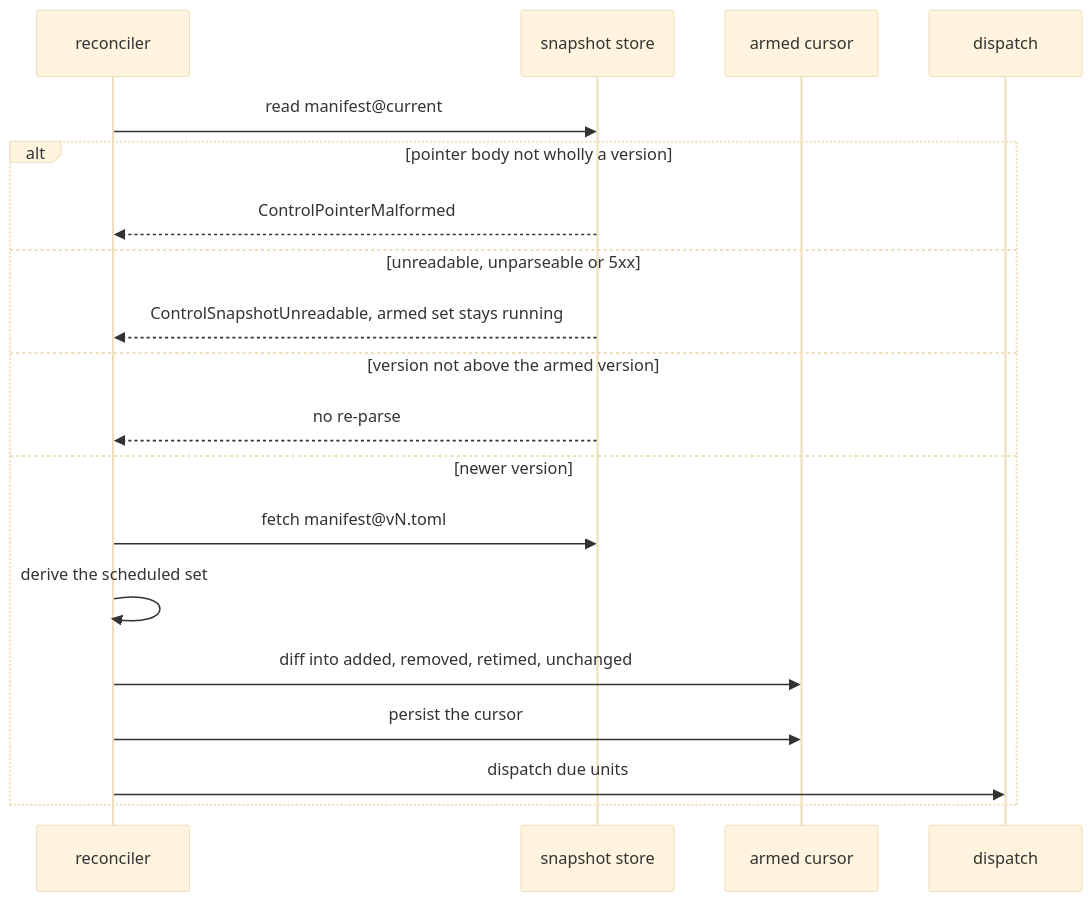
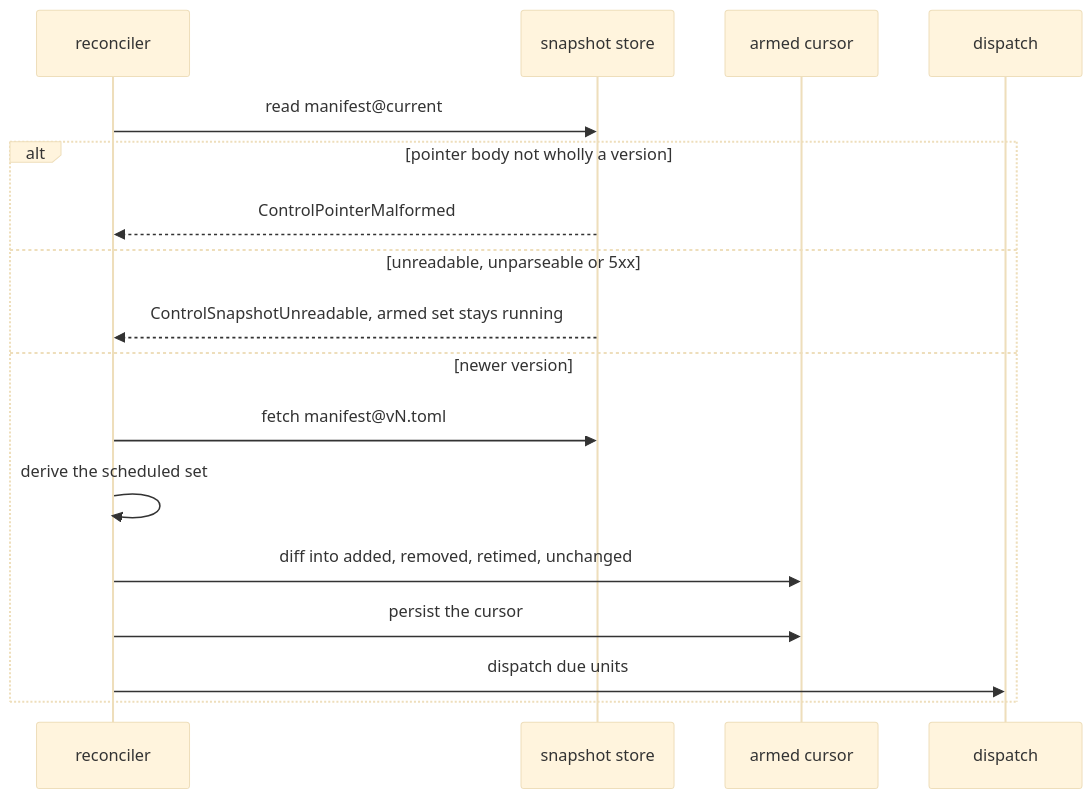
Before and after one commit to fractalboxdev/contextful: the third of 5 diagrams in spec/70-control-plane.md, drawn with Mermaid (base theme). The commit also changed other lines of this file and 7 other files, not shown here.

````diff
--- a/spec/70-control-plane.md
+++ b/spec/70-control-plane.md
@@ -75,21 +74,19 @@
 ```mermaid
 sequenceDiagram
   participant R as reconciler
   participant S as snapshot store
   participant C as armed cursor
   participant D as dispatch
   R->>S: read manifest@current
   alt pointer body not wholly a version
     S-->>R: ControlPointerMalformed
   else unreadable, unparseable or 5xx
     S-->>R: ControlSnapshotUnreadable, armed set stays running
-  else version not above the armed version
-    S-->>R: no re-parse
   else newer version
     R->>S: fetch manifest@vN.toml
     R->>R: derive the scheduled set
     R->>C: diff into added, removed, retimed, unchanged
     R->>C: persist the cursor
     R->>D: dispatch due units
   end
 ```
````
